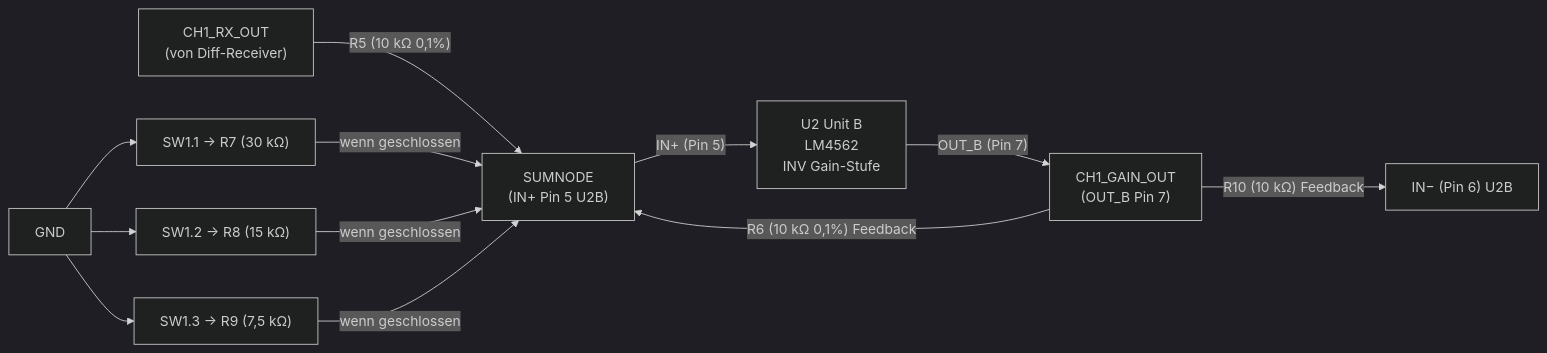
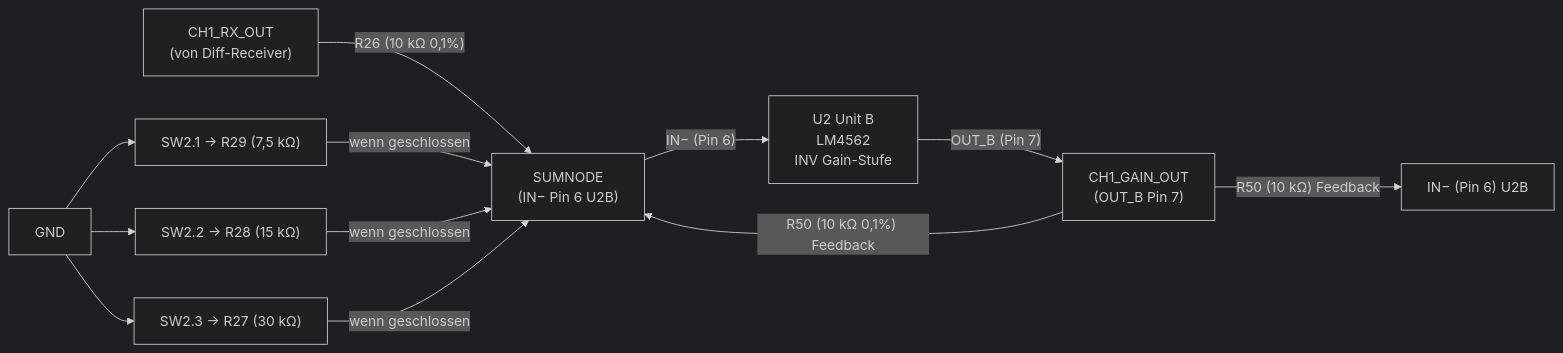
The fifth of 11 diagrams in README.md (jpsamuelson/aurora-icepower-booster), drawn with Mermaid (dark theme) before and after one commit. The commit also changed other lines of this file, not shown here.

First line of the commit message:
fix(readme): 📝 correct pin references and switch labels in diagrams

````diff
--- a/README.md
+++ b/README.md
@@ -180,21 +180,21 @@
 ```mermaid
 flowchart LR
     RX["CH1_RX_OUT\n(von Diff-Receiver)"]
-    SUMNODE["SUMNODE\n(IN+ Pin 5 U2B)"]
+    SUMNODE["SUMNODE\n(IN− Pin 6 U2B)"]
     OUT["CH1_GAIN_OUT\n(OUT_B Pin 7)"]
 
-    RX -->|"R5 (10 kΩ 0,1%)"| SUMNODE
-    OUT -->|"R6 (10 kΩ 0,1%) Feedback"| SUMNODE
+    RX -->|"R26 (10 kΩ 0,1%)"| SUMNODE
+    OUT -->|"R50 (10 kΩ 0,1%) Feedback"| SUMNODE
 
-    SW1_1["SW1.1 → R7 (30 kΩ)"] -->|"wenn geschlossen"| SUMNODE
-    SW1_2["SW1.2 → R8 (15 kΩ)"] -->|"wenn geschlossen"| SUMNODE
-    SW1_3["SW1.3 → R9 (7,5 kΩ)"] -->|"wenn geschlossen"| SUMNODE
+    SW2_1["SW2.1 → R29 (7,5 kΩ)"] -->|"wenn geschlossen"| SUMNODE
+    SW2_2["SW2.2 → R28 (15 kΩ)"] -->|"wenn geschlossen"| SUMNODE
+    SW2_3["SW2.3 → R27 (30 kΩ)"] -->|"wenn geschlossen"| SUMNODE
 
-    GND["GND"] --> SW1_1
-    GND --> SW1_2
-    GND --> SW1_3
+    GND["GND"] --> SW2_1
+    GND --> SW2_2
+    GND --> SW2_3
 
-    SUMNODE -->|"IN+ (Pin 5)"| U2B["U2 Unit B\nLM4562\nINV Gain-Stufe"]
+    SUMNODE -->|"IN− (Pin 6)"| U2B["U2 Unit B\nLM4562\nINV Gain-Stufe"]
     U2B -->|"OUT_B (Pin 7)"| OUT
-    OUT -->|"R10 (10 kΩ) Feedback"| INV["IN− (Pin 6) U2B"]
+    OUT -->|"R50 (10 kΩ) Feedback"| INV["IN− (Pin 6) U2B"]
 ```
````
